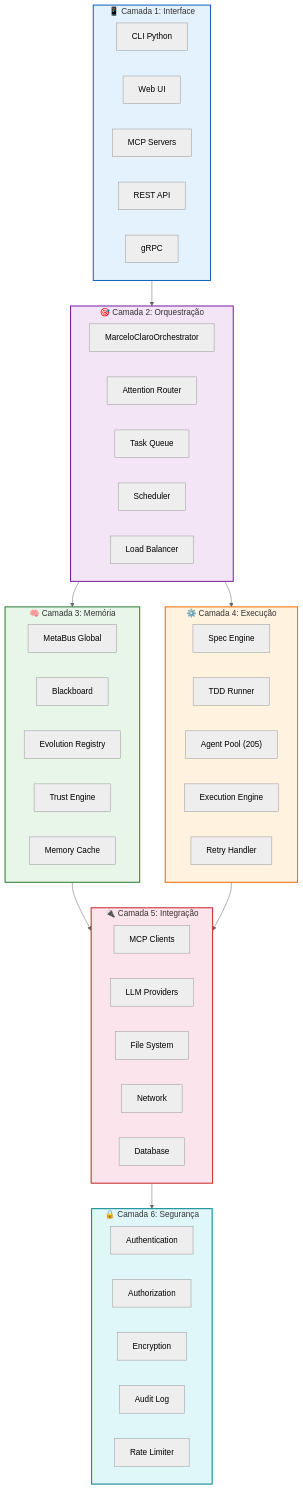
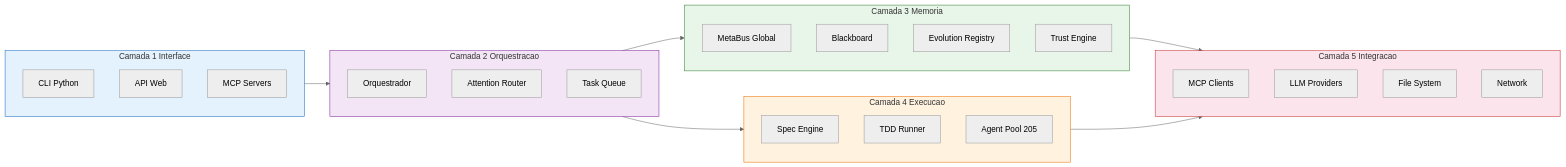
Before and after one commit to MarceloClaro/opencode-ecosystem-core: the third of 22 diagrams in README.md, drawn with Mermaid (neutral theme). The commit also changed other lines of this file, not shown here.

````diff
--- a/README.md
+++ b/README.md
@@ -287,70 +274,46 @@
 ```mermaid
-flowchart TB
-    subgraph L1 ["📱 Camada 1: Interface"]
-        direction LR
-        CLI["CLI Python"]
-        WEBUI["Web UI"]
-        MCPSERVER["MCP Servers"]
-        REST["REST API"]
-        GRPC["gRPC"]
+flowchart LR
+    subgraph L1 ["Camada 1 Interface"]
+        CLI2["CLI Python"]
+        WEB["API Web"]
+        MCP2["MCP Servers"]
     end
 
-    subgraph L2 ["🎯 Camada 2: Orquestração"]
-        direction LR
-        ORQ2["MarceloClaroOrchestrator"]
+    subgraph L2 ["Camada 2 Orquestracao"]
+        ORQ2["Orquestrador"]
         ROUTE["Attention Router"]
-        QUEUE2["Task Queue"]
-        SCHED["Scheduler"]
-        BAL["Load Balancer"]
+        QUEUE["Task Queue"]
     end
 
-    subgraph L3 ["🧠 Camada 3: Memória"]
-        direction LR
+    subgraph L3 ["Camada 3 Memoria"]
         MB["MetaBus Global"]
         BB2["Blackboard"]
         EVO["Evolution Registry"]
         TRUST["Trust Engine"]
-        CACHE2["Memory Cache"]
     end
 
-    subgraph L4 ["⚙️ Camada 4: Execução"]
-        direction LR
+    subgraph L4 ["Camada 4 Execucao"]
         SDD2["Spec Engine"]
         TDD2["TDD Runner"]
-        AG2["Agent Pool (205)"]
-        EXEC["Execution Engine"]
-        RETRY["Retry Handler"]
+        AG2["Agent Pool 205"]
     end
 
-    subgraph L5 ["🔌 Camada 5: Integração"]
-        direction LR
+    subgraph L5 ["Camada 5 Integracao"]
         MCP3["MCP Clients"]
-        LLM2["LLM Providers"]
-        FS2["File System"]
-        NET2["Network"]
-        DB2["Database"]
-    end
-
-    subgraph L6 ["🔒 Camada 6: Segurança"]
-        direction LR
-        AUTH["Authentication"]
-        PERM["Authorization"]
-        ENC["Encryption"]
-        AUDIT["Audit Log"]
-        RATE["Rate Limiter"]
+        LLM["LLM Providers"]
+        FS["File System"]
+        NET["Network"]
     end
 
     L1 --> L2
     L2 --> L3
     L2 --> L4
     L3 --> L5
     L4 --> L5
-    L5 --> L6
 
-    style L1 fill:#e3f2fd,stroke:#1565c0,stroke-width:2px
-    style L2 fill:#f3e5f5,stroke:#7b1fa2,stroke-width:2px
-    style L3 fill:#e8f5e9,stroke:#2e7d32,stroke-width:2px
-    style L4 fill:#fff3e0,stroke:#ef6c00,stroke-width:2px
-    style L5 fill:#fce4ec,stroke:#c62828,stroke-width:2px
-    style L6 fill:#e0f7fa,stroke:#00838f,stroke-width:2px
+    style L1 fill:#e3f2fd,stroke:#1565c0
+    style L2 fill:#f3e5f5,stroke:#7b1fa2
+    style L3 fill:#e8f5e9,stroke:#2e7d32
+    style L4 fill:#fff3e0,stroke:#ef6c00
+    style L5 fill:#fce4ec,stroke:#c62828
 ```
````
